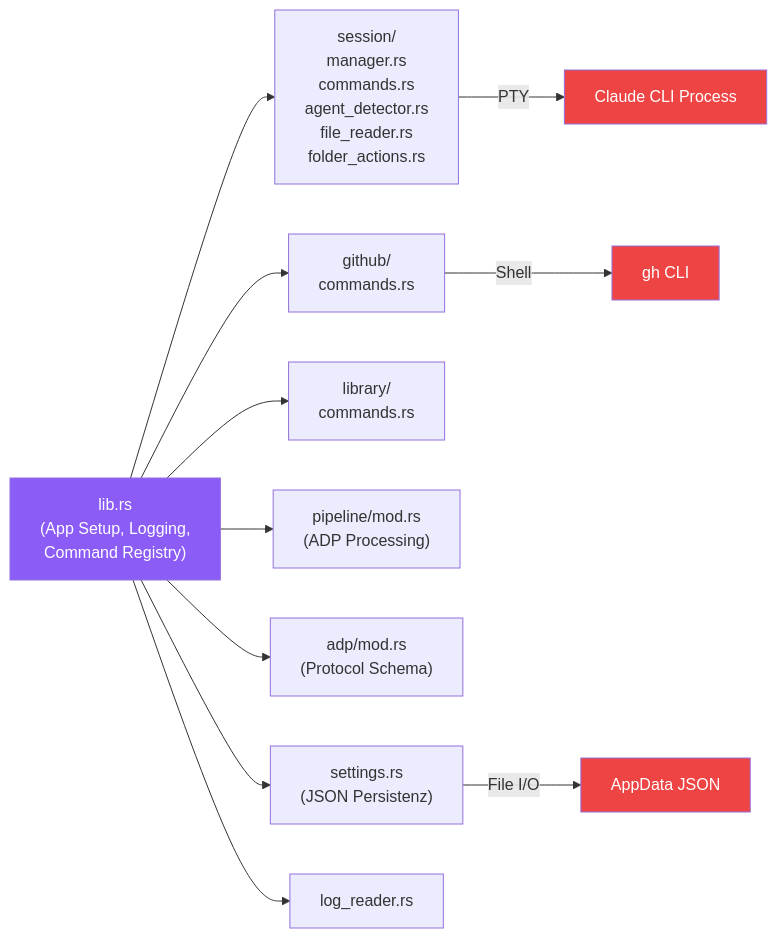
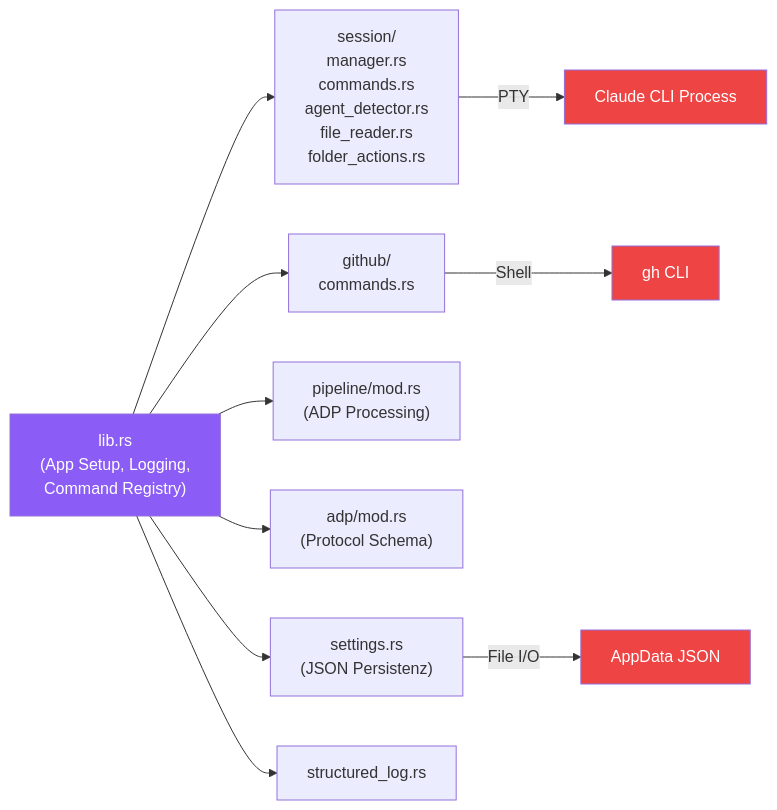
One commit to ARO-LABS/smashq changed the ninth of 24 diagrams in Softwareprozess/arc42-specification.md. Above: the diagram before and after it, drawn with Mermaid. The commit also changed other lines of this file and 4 other files, not shown here.

````diff
--- a/Softwareprozess/arc42-specification.md
+++ b/Softwareprozess/arc42-specification.md
@@ -401,21 +401,20 @@
 ```mermaid
 graph LR
     lib["lib.rs<br/>(App Setup, Logging,<br/>Command Registry)"]
 
     lib --> session["session/<br/>manager.rs<br/>commands.rs<br/>agent_detector.rs<br/>file_reader.rs<br/>folder_actions.rs"]
     lib --> github["github/<br/>commands.rs"]
-    lib --> library["library/<br/>commands.rs"]
     lib --> pipeline["pipeline/mod.rs<br/>(ADP Processing)"]
     lib --> adp["adp/mod.rs<br/>(Protocol Schema)"]
     lib --> settings["settings.rs<br/>(JSON Persistenz)"]
-    lib --> logs["log_reader.rs"]
+    lib --> logs["structured_log.rs"]
 
     session -->|PTY| ext1["Claude CLI Process"]
     github -->|Shell| ext2["gh CLI"]
     settings -->|File I/O| ext3["AppData JSON"]
 
     style lib fill:#8b5cf6,color:#fff
     style ext1 fill:#ef4444,color:#fff
     style ext2 fill:#ef4444,color:#fff
     style ext3 fill:#ef4444,color:#fff
 ```
````
